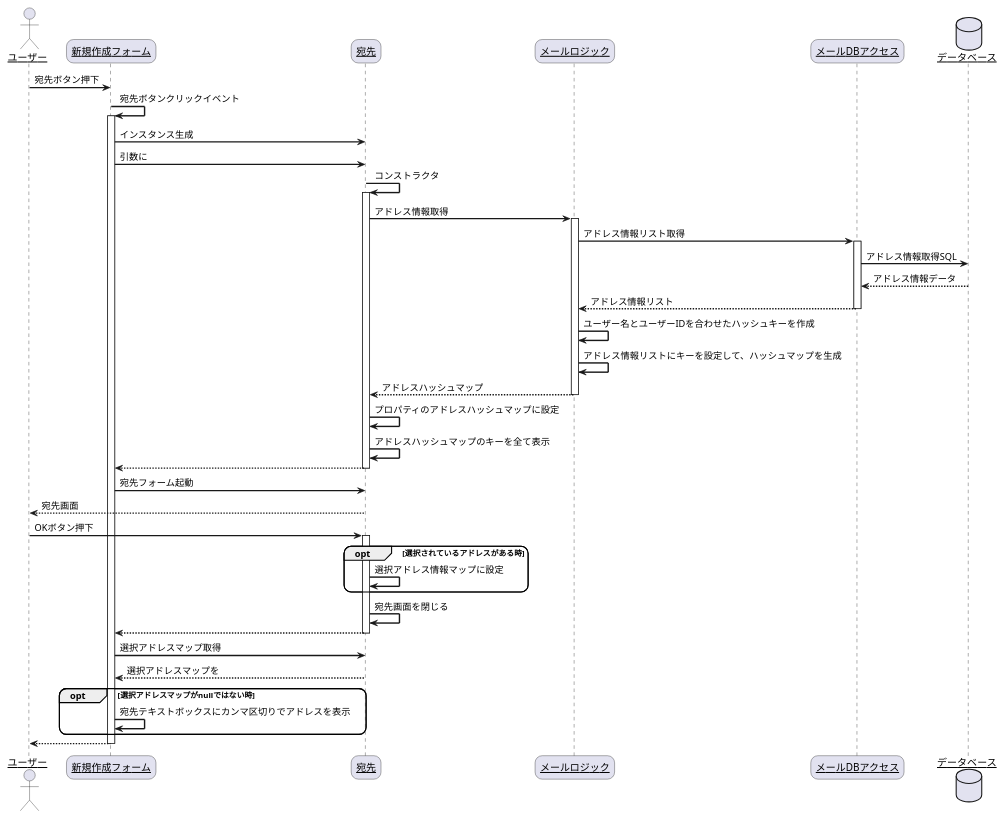
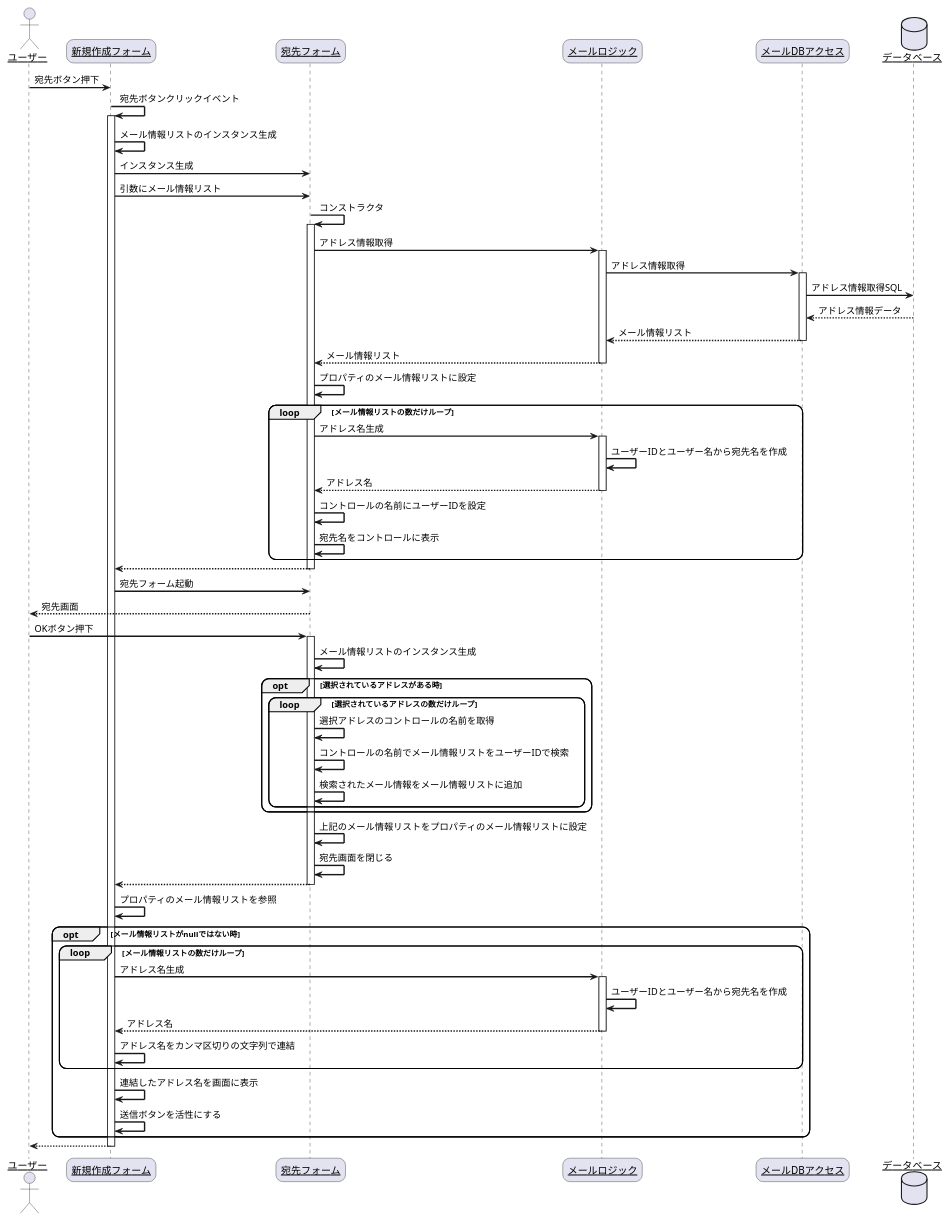
One commit to R-SAIKI/practiceUML changed the diagram in シーケンス図/メール/メール_宛先.pu. Above: the diagram before and after it, drawn with PlantUML. The commit also changed 16 other files, not shown here.

```diff
--- a/シーケンス図/メール/メール_宛先.pu
+++ b/シーケンス図/メール/メール_宛先.pu
@@ -1,56 +1,77 @@
 @startuml
 skinparam sequenceArrowThickness 2
 skinparam roundcorner 20
 skinparam maxmessagesize 60
 skinparam sequenceParticipant underline
 
 actor "ユーザー" as user
 participant "新規作成フォーム" as mail_create_form
-participant "宛先" as adress_form
+participant "宛先フォーム" as adress_form
 participant "メールロジック" as mail_logic
 participant "メールDBアクセス" as mail_data_acces
 database "データベース" as db
 
 user -> mail_create_form: 宛先ボタン押下
 mail_create_form -> mail_create_form: 宛先ボタンクリックイベント
 activate mail_create_form
+mail_create_form -> mail_create_form: メール情報リストのインスタンス生成
 mail_create_form -> adress_form: インスタンス生成
-mail_create_form -> adress_form: 引数に
+mail_create_form -> adress_form: 引数にメール情報リスト
 adress_form -> adress_form: コンストラクタ
 activate adress_form
 adress_form -> mail_logic: アドレス情報取得
 activate mail_logic
-mail_logic -> mail_data_acces: アドレス情報リスト取得
+mail_logic -> mail_data_acces: アドレス情報取得
 activate mail_data_acces
 mail_data_acces -> db: アドレス情報取得SQL
 db --> mail_data_acces: アドレス情報データ
-mail_data_acces --> mail_logic: アドレス情報リスト
+mail_data_acces --> mail_logic: メール情報リスト
 deactivate mail_data_acces
-mail_logic -> mail_logic: ユーザー名とユーザーIDを合わせたハッシュキーを作成
-mail_logic -> mail_logic: アドレス情報リストにキーを設定して、ハッシュマップを生成
-mail_logic --> adress_form: アドレスハッシュマップ
+mail_logic --> adress_form: メール情報リスト
 deactivate mail_logic
-adress_form -> adress_form: プロパティのアドレスハッシュマップに設定
-adress_form -> adress_form: アドレスハッシュマップのキーを全て表示
+adress_form -> adress_form: プロパティのメール情報リストに設定
+loop メール情報リストの数だけループ
+    adress_form -> mail_logic: アドレス名生成
+    activate mail_logic
+    mail_logic -> mail_logic: ユーザーIDとユーザー名から宛先名を作成
+    mail_logic --> adress_form: アドレス名
+    deactivate mail_logic
+    adress_form -> adress_form: コントロールの名前にユーザーIDを設定
+    adress_form -> adress_form: 宛先名をコントロールに表示
+end
 adress_form --> mail_create_form: 
 deactivate adress_form
 mail_create_form -> adress_form: 宛先フォーム起動
 adress_form --> user: 宛先画面 
 
 user -> adress_form: OKボタン押下
 activate adress_form
+adress_form -> adress_form: メール情報リストのインスタンス生成
 opt 選択されているアドレスがある時
-    adress_form -> adress_form: 選択アドレス情報マップに設定
+    loop 選択されているアドレスの数だけループ
+        adress_form -> adress_form: 選択アドレスのコントロールの名前を取得
+        adress_form -> adress_form: コントロールの名前でメール情報リストをユーザーIDで検索
+        adress_form -> adress_form: 検索されたメール情報をメール情報リストに追加
+    end
 end
+adress_form -> adress_form: 上記のメール情報リストをプロパティのメール情報リストに設定
 adress_form -> adress_form: 宛先画面を閉じる
 adress_form --> mail_create_form: 
 deactivate adress_form
-mail_create_form -> adress_form: 選択アドレスマップ取得
-adress_form --> mail_create_form: 選択アドレスマップを
-opt 選択アドレスマップがnullではない時
-    mail_create_form -> mail_create_form: 宛先テキストボックスにカンマ区切りでアドレスを表示
+mail_create_form -> mail_create_form: プロパティのメール情報リストを参照
+opt メール情報リストがnullではない時
+    loop メール情報リストの数だけループ
+        mail_create_form -> mail_logic: アドレス名生成
+        activate mail_logic
+        mail_logic -> mail_logic: ユーザーIDとユーザー名から宛先名を作成
+        mail_logic --> mail_create_form: アドレス名
+        deactivate mail_logic
+        mail_create_form -> mail_create_form: アドレス名をカンマ区切りの文字列で連結
+    end
+    mail_create_form -> mail_create_form: 連結したアドレス名を画面に表示
+    mail_create_form -> mail_create_form: 送信ボタンを活性にする
 end
 mail_create_form --> user: 
 deactivate mail_create_form
 
 @enduml
```
